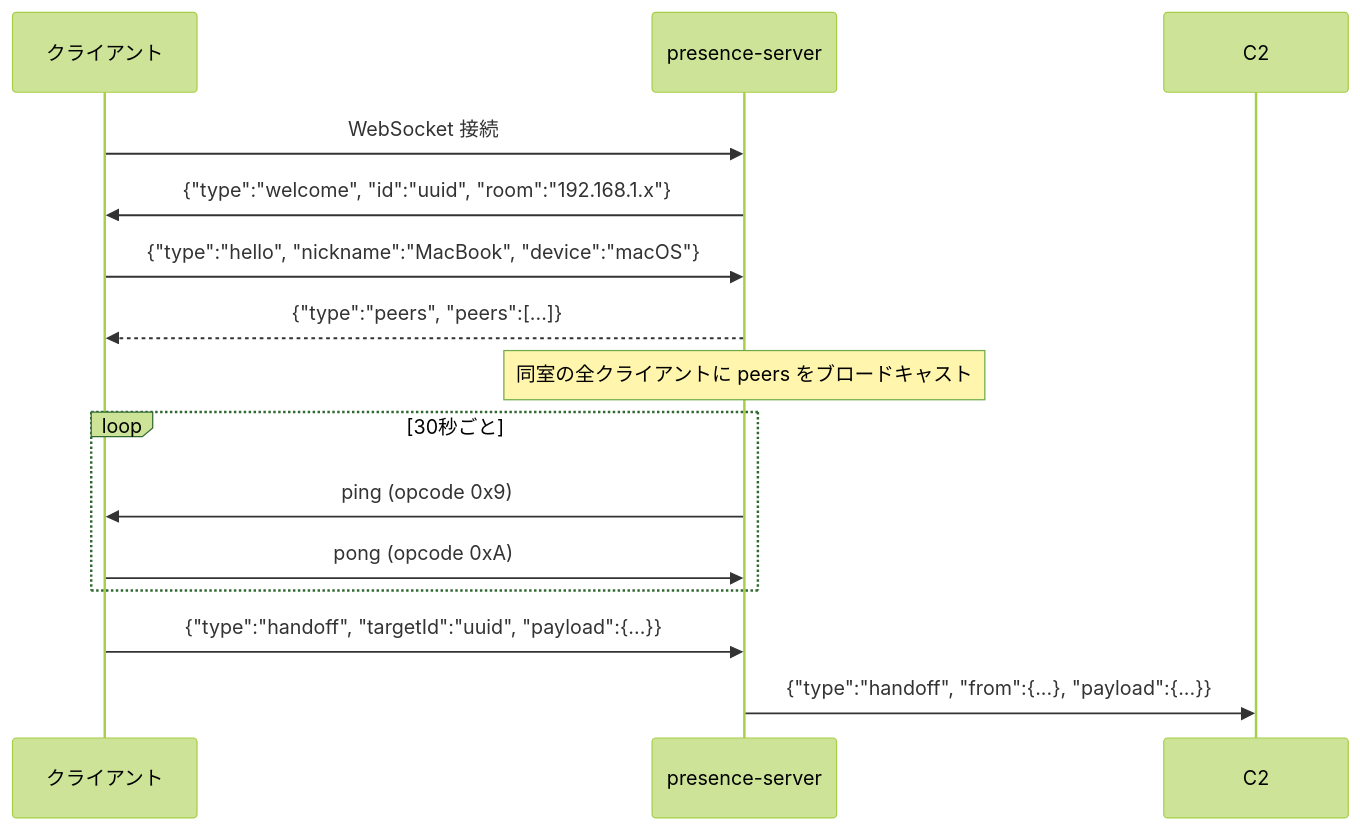
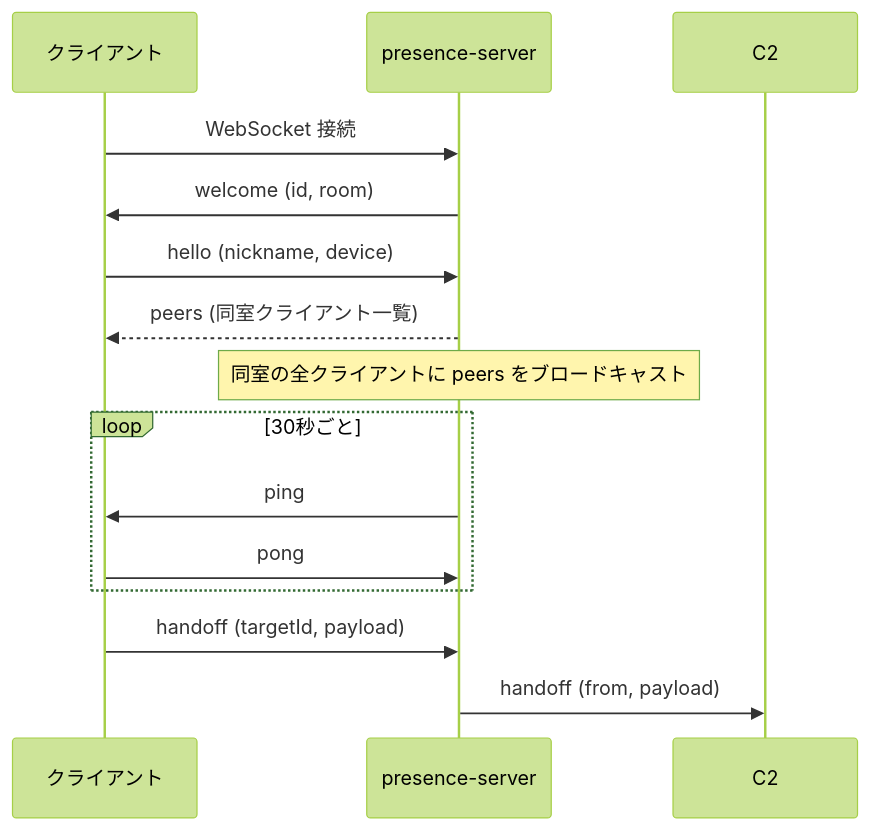
Before and after one commit to afjk/afjk.jp: the fourth of 7 diagrams in docs/pipe-spec.md, drawn with Mermaid (forest theme). The commit also changed other lines of this file, not shown here.

Commit message:
Fix Mermaid diagram syntax for GitHub rendering

````diff
--- a/docs/pipe-spec.md
+++ b/docs/pipe-spec.md
@@ -86,19 +86,19 @@
 ```mermaid
 sequenceDiagram
     participant C as クライアント
     participant S as presence-server
 
     C->>S: WebSocket 接続
-    S->>C: {"type":"welcome", "id":"uuid", "room":"192.168.1.x"}
-    C->>S: {"type":"hello", "nickname":"MacBook", "device":"macOS"}
-    S-->>C: {"type":"peers", "peers":[...]}
+    S->>C: welcome (id, room)
+    C->>S: hello (nickname, device)
+    S-->>C: peers (同室クライアント一覧)
     Note over S: 同室の全クライアントに peers をブロードキャスト
 
     loop 30秒ごと
-        S->>C: ping (opcode 0x9)
-        C->>S: pong (opcode 0xA)
+        S->>C: ping
+        C->>S: pong
     end
 
-    C->>S: {"type":"handoff", "targetId":"uuid", "payload":{...}}
-    S->>C2: {"type":"handoff", "from":{...}, "payload":{...}}
+    C->>S: handoff (targetId, payload)
+    S->>C2: handoff (from, payload)
 ```
````
